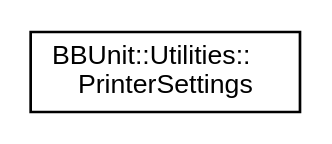
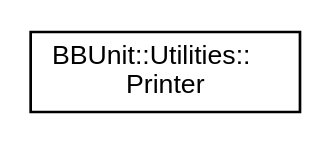
One commit to markhj/cpp-bbunit changed the diagram in inherit_graph_9.dot. Above: the diagram before and after it, drawn with Graphviz. The commit also changed 84 other files, not shown here.

```diff
--- a/inherit_graph_9.dot
+++ b/inherit_graph_9.dot
@@ -1,8 +1,8 @@
 digraph "Graphical Class Hierarchy"
 {
  // LATEX_PDF_SIZE
   edge [fontname="Helvetica",fontsize="10",labelfontname="Helvetica",labelfontsize="10"];
   node [fontname="Helvetica",fontsize="10",shape=record];
   rankdir="LR";
-  Node0 [label="BBUnit::Utilities::\lPrinterSettings",height=0.2,width=0.4,color="black", fillcolor="white", style="filled",URL="$structBBUnit_1_1Utilities_1_1PrinterSettings.html",tooltip=" "];
+  Node0 [label="BBUnit::Utilities::\lPrinter",height=0.2,width=0.4,color="black", fillcolor="white", style="filled",URL="$classBBUnit_1_1Utilities_1_1Printer.html",tooltip=" "];
 }
```
